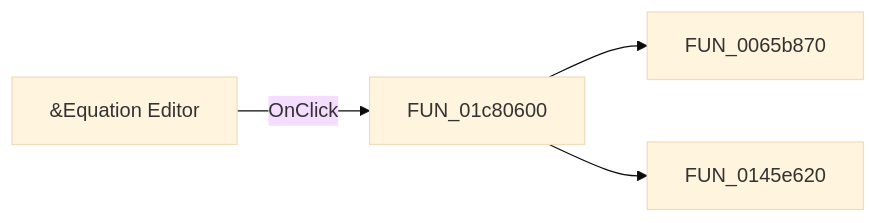
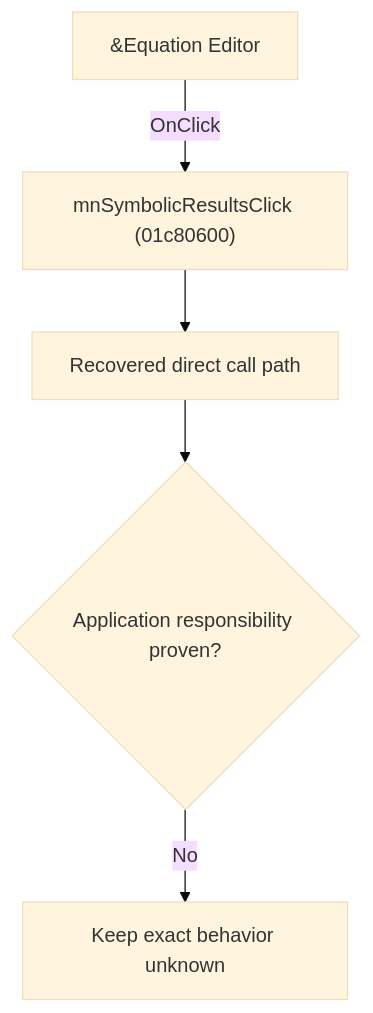
The diagram in docs/ui-controls/schematiceditor/mnsymbolicresults-dbb293b008.md (MovGP0/TIARA), drawn with Mermaid (base theme) before and after one commit. The commit also changed other lines of this file and 1062 other files, not shown here.

````diff
--- a/docs/ui-controls/schematiceditor/mnsymbolicresults-dbb293b008.md
+++ b/docs/ui-controls/schematiceditor/mnsymbolicresults-dbb293b008.md
@@ -27,6 +27,7 @@
 ```mermaid
-flowchart LR
-    control["&Equation Editor"] -->|OnClick| handler["FUN_01c80600"]
-    handler --> call1["FUN_0065b870"]
-    handler --> call2["FUN_0145e620"]
+flowchart TD
+    control["&Equation Editor"] -->|"OnClick"| handler["mnSymbolicResultsClick (01c80600)"]
+    handler --> recovered["Recovered direct call path"]
+    recovered --> gap{"Application responsibility proven?"}
+    gap -->|"No"| blocked["Keep exact behavior unknown"]
 ```
````
